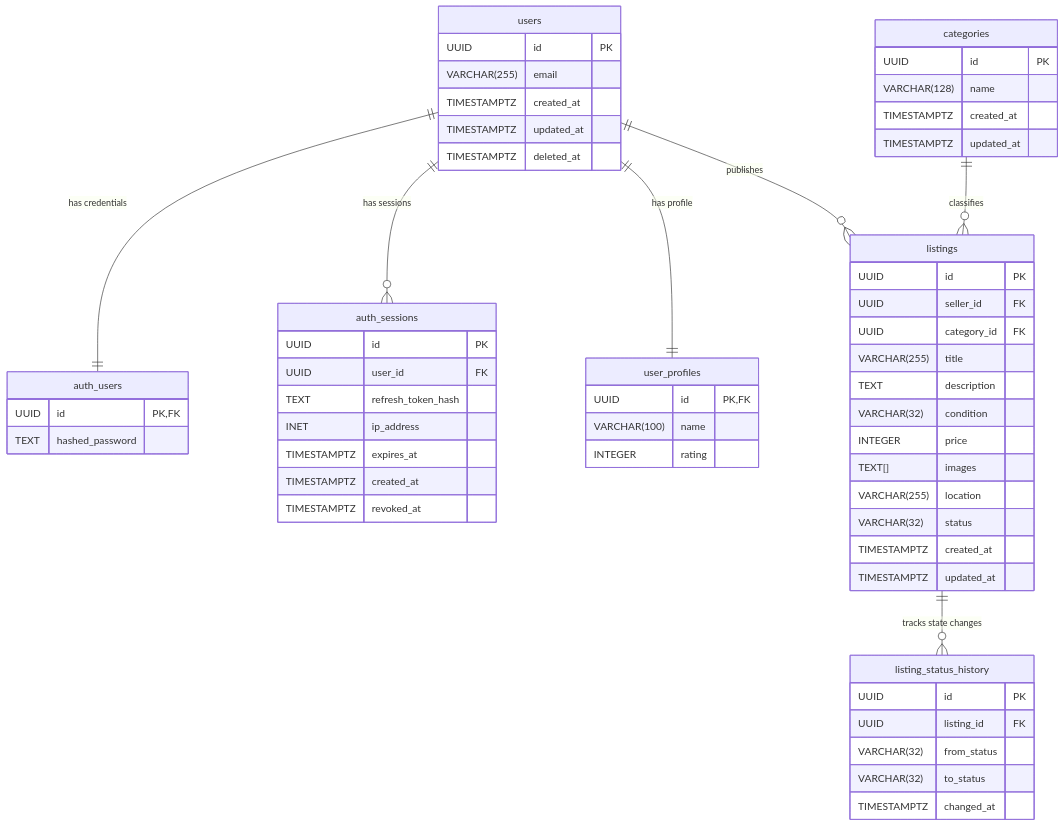
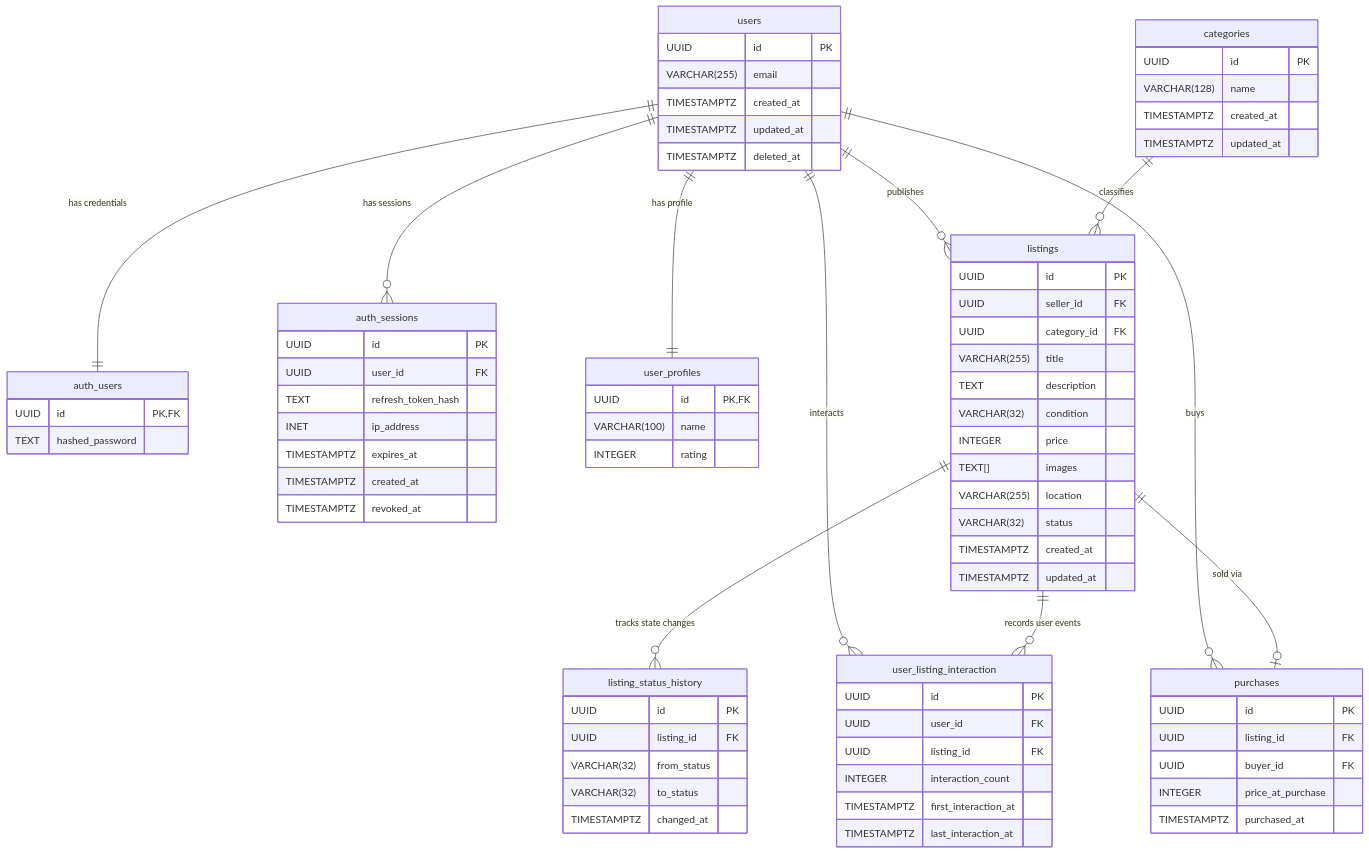
Before and after one commit to Moviles-ISIS3510-S4-G44/backend: the diagram in docs/schema/schema.mmd, drawn with Mermaid. The commit also changed 10 other files, not shown here.

Commit message:
Purchase listings

```diff
--- a/docs/schema/schema.mmd
+++ b/docs/schema/schema.mmd
@@ -1,67 +1,88 @@
 erDiagram
 
     users {
         UUID id PK
         VARCHAR(255) email
         TIMESTAMPTZ created_at
         TIMESTAMPTZ updated_at
         TIMESTAMPTZ deleted_at
     }
 
     auth_users {
         UUID id PK, FK
         TEXT hashed_password
     }
 
     auth_sessions {
         UUID id PK
         UUID user_id FK
         TEXT refresh_token_hash
         INET ip_address
         TIMESTAMPTZ expires_at
         TIMESTAMPTZ created_at
         TIMESTAMPTZ revoked_at
     }
 
     user_profiles {
         UUID id PK, FK
         VARCHAR(100) name
         INTEGER rating
     }
 
     categories {
         UUID id PK
         VARCHAR(128) name
         TIMESTAMPTZ created_at
         TIMESTAMPTZ updated_at
     }
 
     listings {
         UUID id PK
         UUID seller_id FK
         UUID category_id FK
         VARCHAR(255) title
         TEXT description
         VARCHAR(32) condition
         INTEGER price
         TEXT[] images
         VARCHAR(255) location
         VARCHAR(32) status
         TIMESTAMPTZ created_at
         TIMESTAMPTZ updated_at
     }
 
     listing_status_history {
         UUID id PK
         UUID listing_id FK
         VARCHAR(32) from_status
         VARCHAR(32) to_status
         TIMESTAMPTZ changed_at
     }
 
+    user_listing_interaction {
+        UUID id PK
+        UUID user_id FK
+        UUID listing_id FK
+        INTEGER interaction_count
+        TIMESTAMPTZ first_interaction_at
+        TIMESTAMPTZ last_interaction_at
+    }
+
+    purchases {
+        UUID id PK
+        UUID listing_id FK
+        UUID buyer_id FK
+        INTEGER price_at_purchase
+        TIMESTAMPTZ purchased_at
+    }
+
     users ||--|| auth_users : "has credentials"
     users ||--o{ auth_sessions : "has sessions"
     users ||--|| user_profiles : "has profile"
     users ||--o{ listings : "publishes"
+    users ||--o{ user_listing_interaction : "interacts"
     categories ||--o{ listings : "classifies"
     listings ||--o{ listing_status_history : "tracks state changes"
+    listings ||--o{ user_listing_interaction : "records user events"
+    users ||--o{ purchases : "buys"
+    listings ||--o| purchases : "sold via"
```
